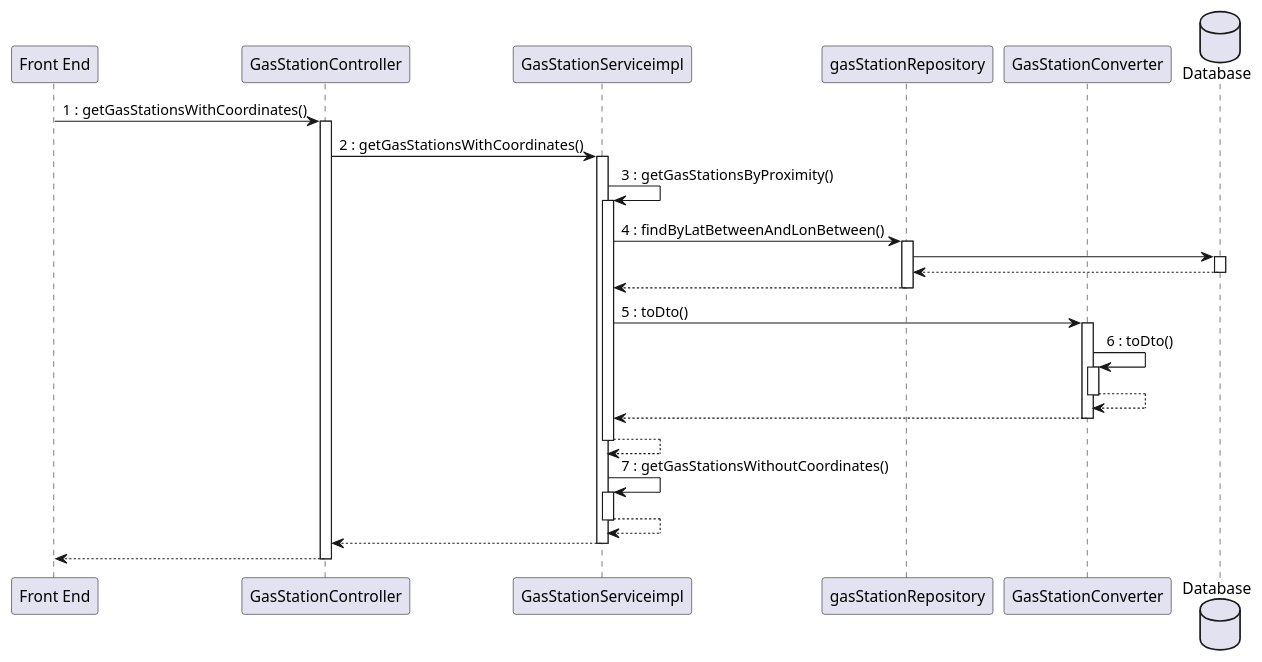
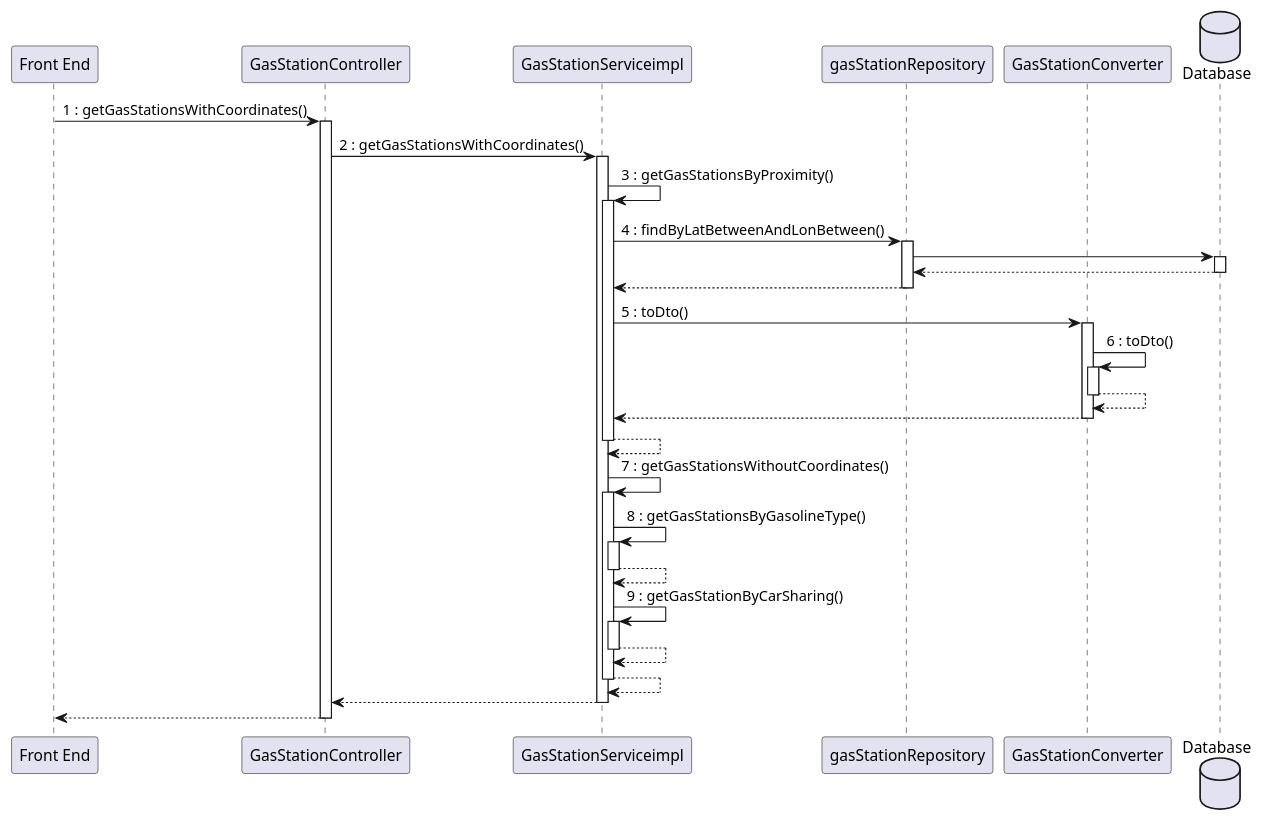
One commit to mosTavassoli/ezgas changed diagram 12 of 15 in docs/DesignDocument.md. Above: the diagram before and after it, drawn with PlantUML. The commit also changed other lines of this file, not shown here.

Commit message:
docs(DesignDocument): fix sequence diagram use case 10.1

````diff
--- a/docs/DesignDocument.md
+++ b/docs/DesignDocument.md
@@ -834,29 +834,35 @@
 ```plantuml
 database Database order 30
 "Front End" -> GasStationController:1 : getGasStationsWithCoordinates()
 activate GasStationController
 GasStationController -> GasStationServiceimpl:2 : getGasStationsWithCoordinates()
 activate GasStationServiceimpl
 
 GasStationServiceimpl -> GasStationServiceimpl: 3 : getGasStationsByProximity()
 activate GasStationServiceimpl
 GasStationServiceimpl -> gasStationRepository: 4 : findByLatBetweenAndLonBetween()
 activate gasStationRepository
 gasStationRepository -> Database
 activate Database
 return
 return
 GasStationServiceimpl -> GasStationConverter: 5 : toDto()
 activate GasStationConverter
 GasStationConverter -> GasStationConverter: 6 : toDto()
 activate GasStationConverter
 return
 return
 return
 
 GasStationServiceimpl -> GasStationServiceimpl: 7 : getGasStationsWithoutCoordinates()
 activate GasStationServiceimpl
+GasStationServiceimpl -> GasStationServiceimpl: 8 : getGasStationsByGasolineType()
+activate GasStationServiceimpl
+return
+GasStationServiceimpl -> GasStationServiceimpl: 9 : getGasStationByCarSharing()
+activate GasStationServiceimpl
+return
 return
 return
 return
 ```
````
